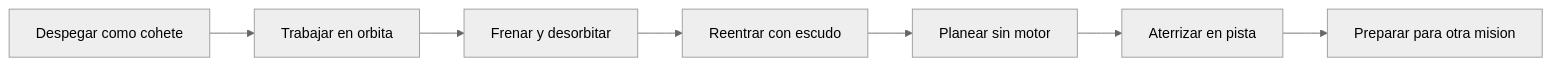
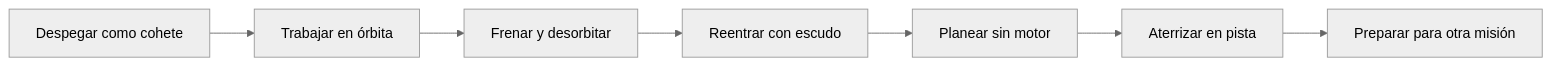
Before and after one commit to vladimiracunadev-create/machine-operator-program: the diagram in vehiculos/transbordadores/recursos/recursos-transbordador.md, drawn with Mermaid (neutral theme). The commit also changed other lines of this file and 442 other files, not shown here.

````diff
--- a/vehiculos/transbordadores/recursos/recursos-transbordador.md
+++ b/vehiculos/transbordadores/recursos/recursos-transbordador.md
@@ -29,9 +29,9 @@
 ```mermaid
 flowchart LR
-    Despega[Despegar como cohete] --> Orbita[Trabajar en orbita]
+    Despega[Despegar como cohete] --> Orbita[Trabajar en órbita]
     Orbita --> Desorbita[Frenar y desorbitar]
     Desorbita --> Reentra[Reentrar con escudo]
     Reentra --> Planea[Planear sin motor]
     Planea --> Aterriza[Aterrizar en pista]
-    Aterriza --> Prepara[Preparar para otra mision]
+    Aterriza --> Prepara[Preparar para otra misión]
 ```
````
